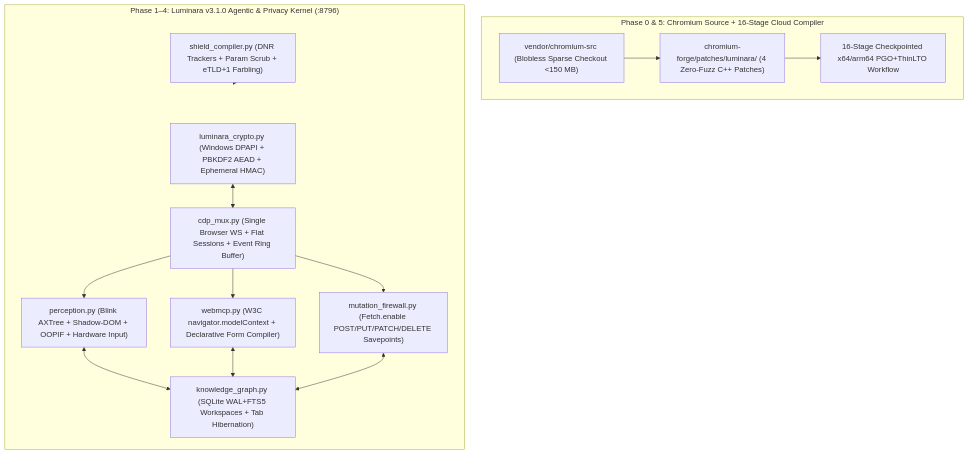
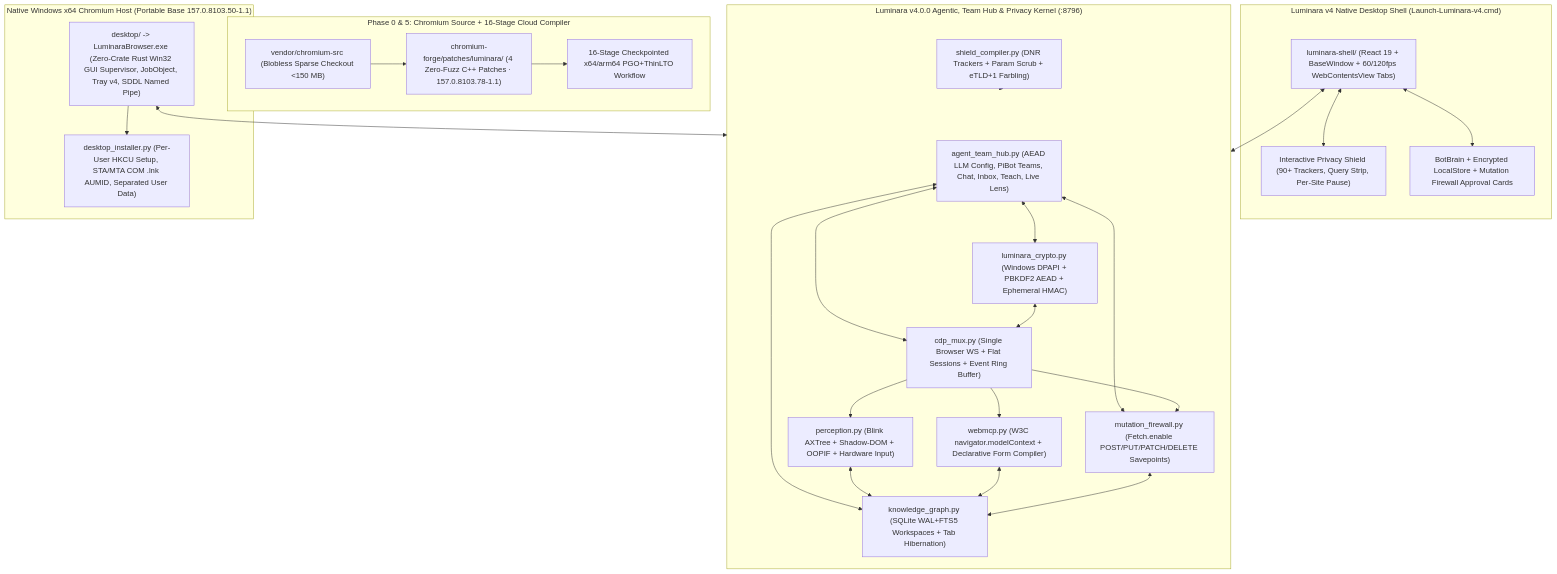
One commit to LuminaraDigital/Luminara-Browser changed the diagram in docs/architecture-100x.md. Above: the diagram before and after it, drawn with Mermaid. The commit also changed other lines of this file and 114 other files, not shown here.

Commit message:
feat(v4.0.0): Luminara x PiBot browser shell, Team Hub, Warm Atelier WCAG AA UI, CI & Cloudflare parity

````diff
--- a/docs/architecture-100x.md
+++ b/docs/architecture-100x.md
@@ -5,24 +5,41 @@
 ```mermaid
 flowchart TB
     subgraph Upstream["Phase 0 & 5: Chromium Source + 16-Stage Cloud Compiler"]
         Sparse["vendor/chromium-src (Blobless Sparse Checkout <150 MB)"]
-        Patches["chromium-forge/patches/luminara/ (4 Zero-Fuzz C++ Patches)"]
+        Patches["chromium-forge/patches/luminara/ (4 Zero-Fuzz C++ Patches · 157.0.8103.78-1.1)"]
         CloudCI["16-Stage Checkpointed x64/arm64 PGO+ThinLTO Workflow"]
     end
 
-    subgraph Runtime["Phase 1–4: Luminara v3.1.0 Agentic & Privacy Kernel (:8796)"]
+    subgraph SpatialShell["Luminara v4 Native Desktop Shell (Launch-Luminara-v4.cmd)"]
+        Electron["luminara-shell/ (React 19 + BaseWindow + 60/120fps WebContentsView Tabs)"]
+        ShellShield["Interactive Privacy Shield (90+ Trackers, Query Strip, Per-Site Pause)"]
+        ShellBrain["BotBrain + Encrypted LocalStore + Mutation Firewall Approval Cards"]
+    end
+
+    subgraph Runtime["Luminara v4.0.0 Agentic, Team Hub & Privacy Kernel (:8796)"]
+        TeamHub["agent_team_hub.py (AEAD LLM Config, PiBot Teams, Chat, Inbox, Teach, Live Lens)"]
         Crypto["luminara_crypto.py (Windows DPAPI + PBKDF2 AEAD + Ephemeral HMAC)"]
         Mux["cdp_mux.py (Single Browser WS + Flat Sessions + Event Ring Buffer)"]
         AX["perception.py (Blink AXTree + Shadow-DOM + OOPIF + Hardware Input)"]
         WebMCP["webmcp.py (W3C navigator.modelContext + Declarative Form Compiler)"]
         MutFW["mutation_firewall.py (Fetch.enable POST/PUT/PATCH/DELETE Savepoints)"]
         KG["knowledge_graph.py (SQLite WAL+FTS5 Workspaces + Tab Hibernation)"]
         Shield["shield_compiler.py (DNR Trackers + Param Scrub + eTLD+1 Farbling)"]
     end
 
+    subgraph Desktop["Native Windows x64 Chromium Host (Portable Base 157.0.8103.50-1.1)"]
+        Host["desktop/ -> LuminaraBrowser.exe (Zero-Crate Rust Win32 GUI Supervisor, JobObject, Tray v4, SDDL Named Pipe)"]
+        Installer["desktop_installer.py (Per-User HKCU Setup, STA/MTA COM .lnk AUMID, Separated User Data)"]
+    end
+
     Sparse --> Patches --> CloudCI
+    Electron <--> ShellShield & ShellBrain
+    Electron <--> Runtime
+    Host --> Installer
+    Host <--> Runtime
+    TeamHub <--> Crypto & Mux & KG & MutFW
     Crypto <--> Mux
     Mux --> AX & WebMCP & MutFW
     AX & WebMCP & MutFW <--> KG
     Shield --> Runtime
 ```
````
